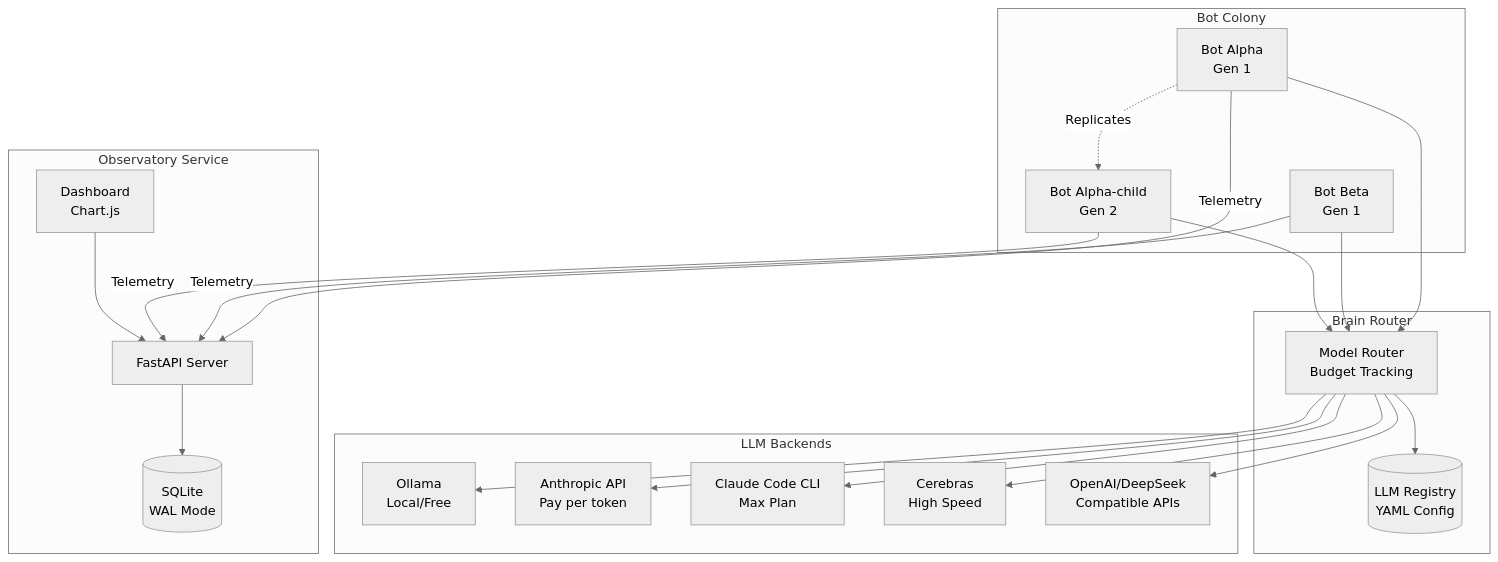
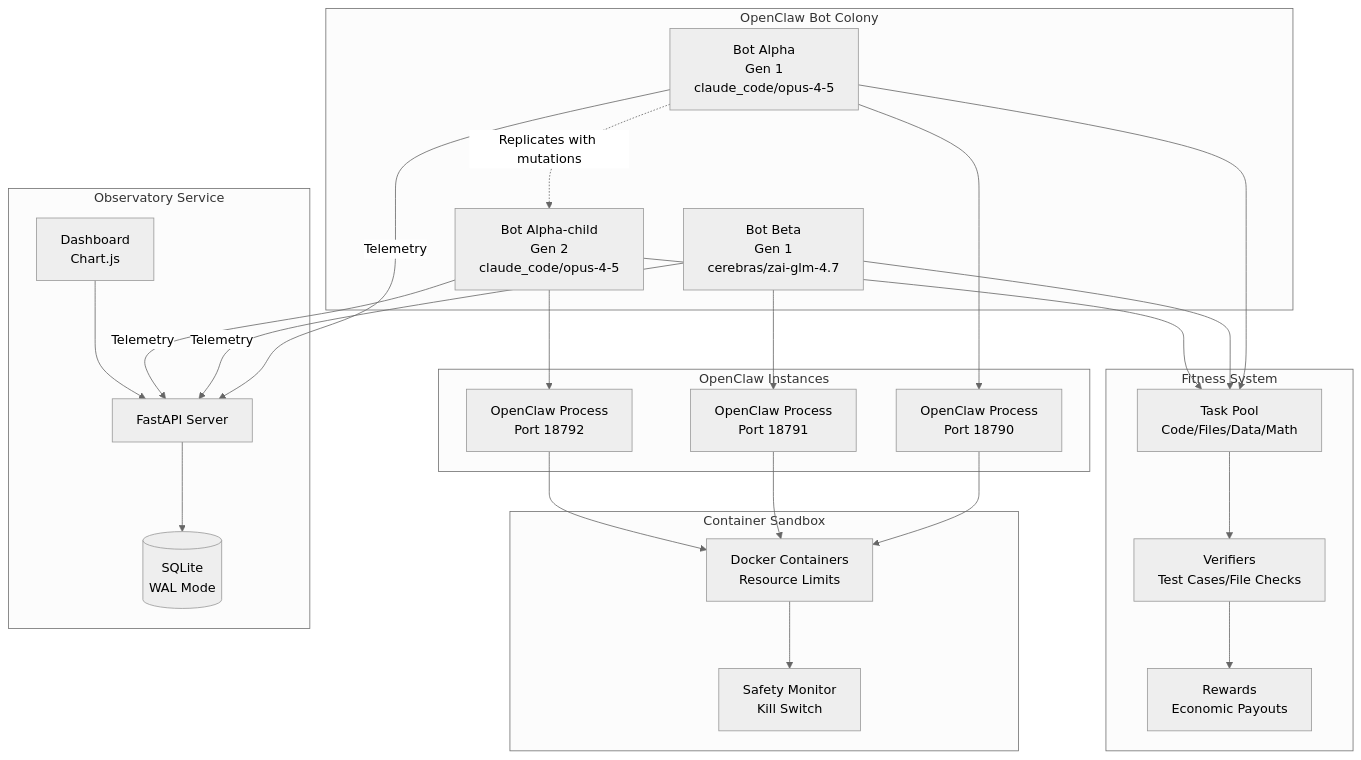
Before and after one commit to John-Cusack/MoltNet: the first of 11 diagrams in docs/ARCHITECTURE.md, drawn with Mermaid (neutral theme). The commit also changed other lines of this file and 75 other files, not shown here.

````diff
--- a/docs/ARCHITECTURE.md
+++ b/docs/ARCHITECTURE.md
@@ -11,37 +14,47 @@
 ```mermaid
 graph TB
-    subgraph Colony["Bot Colony"]
-        BOT1[Bot Alpha<br/>Gen 1]
-        BOT2[Bot Beta<br/>Gen 1]
-        BOT3[Bot Alpha-child<br/>Gen 2]
+    subgraph Colony["OpenClaw Bot Colony"]
+        BOT1[Bot Alpha<br/>Gen 1<br/>claude_code/opus-4-5]
+        BOT2[Bot Beta<br/>Gen 1<br/>cerebras/zai-glm-4.7]
+        BOT3[Bot Alpha-child<br/>Gen 2<br/>claude_code/opus-4-5]
     end
 
-    subgraph Brain["Brain Router"]
-        REGISTRY[(LLM Registry<br/>YAML Config)]
-        ROUTER[Model Router<br/>Budget Tracking]
+    subgraph OpenClaw["OpenClaw Instances"]
+        OC1[OpenClaw Process<br/>Port 18790]
+        OC2[OpenClaw Process<br/>Port 18791]
+        OC3[OpenClaw Process<br/>Port 18792]
     end
 
-    subgraph Backends["LLM Backends"]
-        OLLAMA[Ollama<br/>Local/Free]
-        CLAUDE_API[Anthropic API<br/>Pay per token]
-        CLAUDE_CLI[Claude Code CLI<br/>Max Plan]
-        CEREBRAS[Cerebras<br/>High Speed]
-        OPENAI[OpenAI/DeepSeek<br/>Compatible APIs]
+    subgraph Sandbox["Container Sandbox"]
+        DOCKER[Docker Containers<br/>Resource Limits]
+        SAFETY[Safety Monitor<br/>Kill Switch]
+    end
+
+    subgraph Fitness["Fitness System"]
+        TASKS[Task Pool<br/>Code/Files/Data/Math]
+        VERIFY[Verifiers<br/>Test Cases/File Checks]
+        REWARD[Rewards<br/>Economic Payouts]
     end
 
     subgraph Observatory["Observatory Service"]
         API[FastAPI Server]
         DB[(SQLite<br/>WAL Mode)]
         DASH[Dashboard<br/>Chart.js]
     end
 
-    BOT1 & BOT2 & BOT3 --> ROUTER
-    ROUTER --> REGISTRY
-    ROUTER --> OLLAMA & CLAUDE_API & CLAUDE_CLI & CEREBRAS & OPENAI
+    BOT1 --> OC1
+    BOT2 --> OC2
+    BOT3 --> OC3
+
+    OC1 & OC2 & OC3 --> DOCKER
+    DOCKER --> SAFETY
+
+    BOT1 & BOT2 & BOT3 --> TASKS
+    TASKS --> VERIFY --> REWARD
 
     BOT1 & BOT2 & BOT3 -->|Telemetry| API
     API --> DB
     DASH --> API
 
-    BOT1 -.->|Replicates| BOT3
+    BOT1 -.->|Replicates with mutations| BOT3
 ```
````
